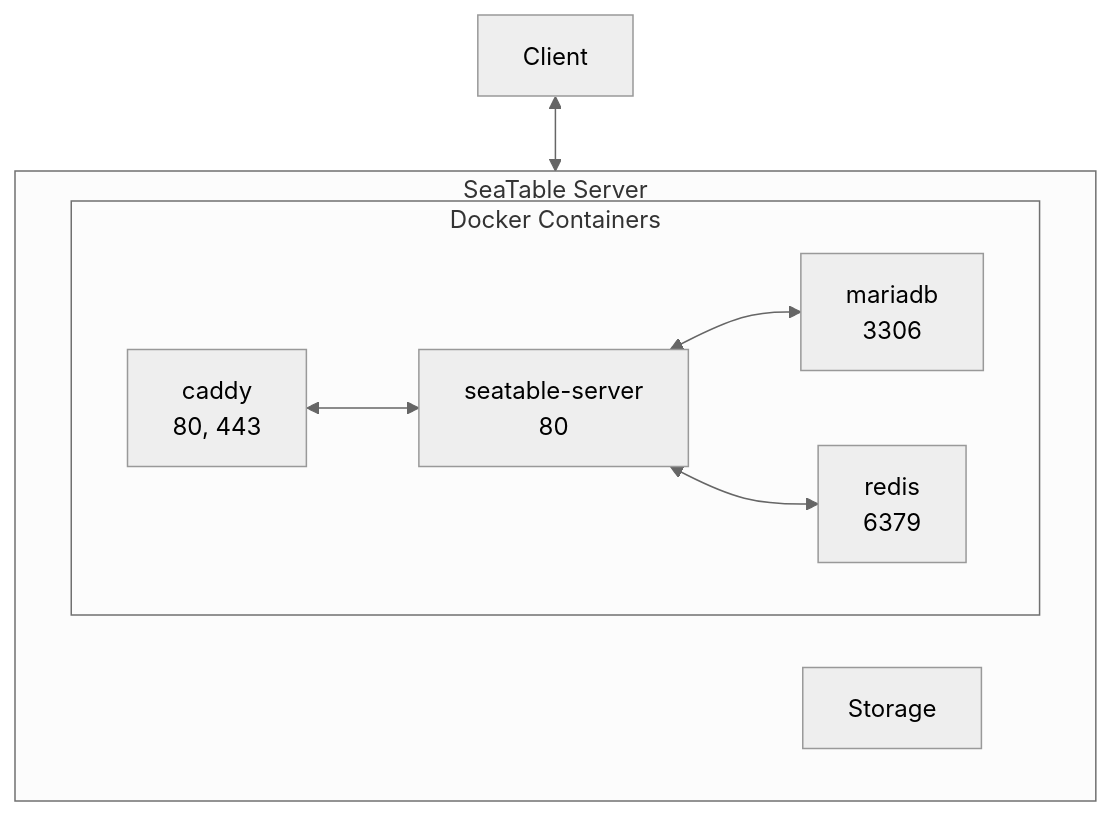
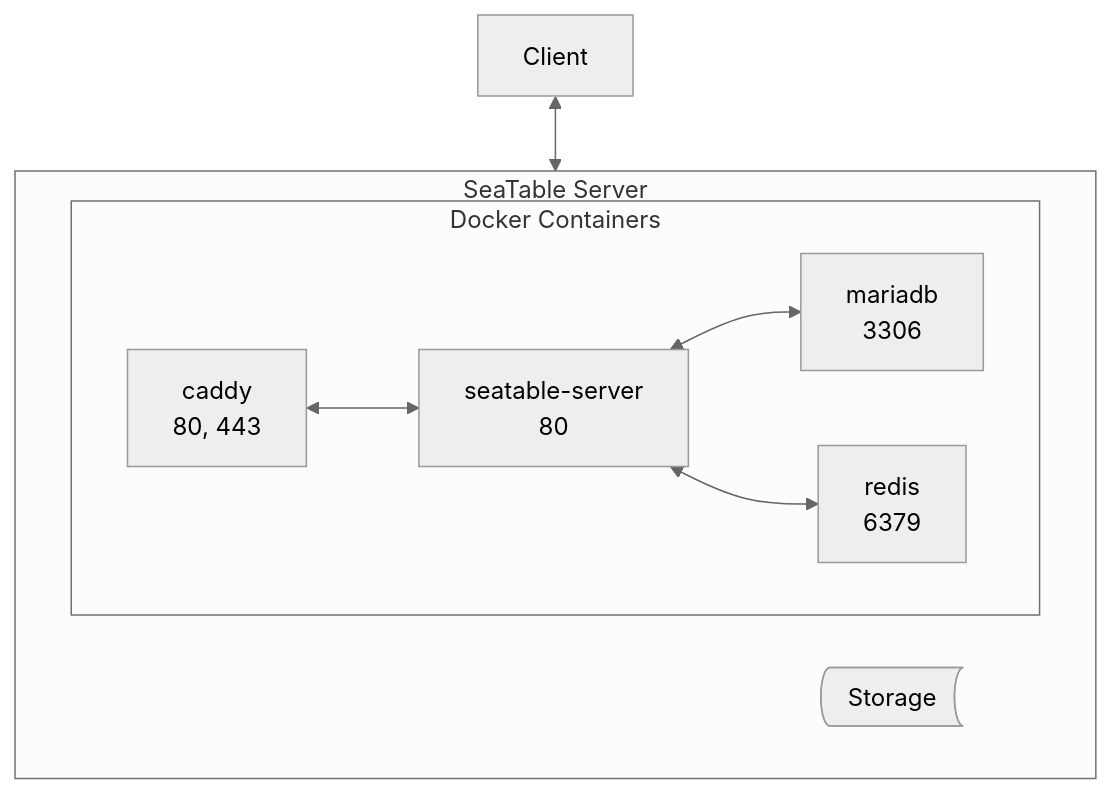
The first of 3 diagrams in docs/introduction/architecture.md (seatable/seatable-admin-docs), drawn with Mermaid (neutral theme) before and after one commit. The commit also changed other lines of this file, not shown here.

````diff
--- a/docs/introduction/architecture.md
+++ b/docs/introduction/architecture.md
@@ -11,17 +11,17 @@
 ```mermaid
 flowchart TB
     Client<-->A
     subgraph SeaTable Server
         direction LR
         subgraph Docker Containers
             A[caddy<br/>80, 443]
             B[seatable-server<br/>80]
             C[mariadb<br/>3306]
             D[redis<br/>6379]
             A<-->B
             B<-->C
             B<-->D
         end
-        F[Storage]
+        F@{ shape: bow-rect, label: "Storage"}
     end
 ```
````
